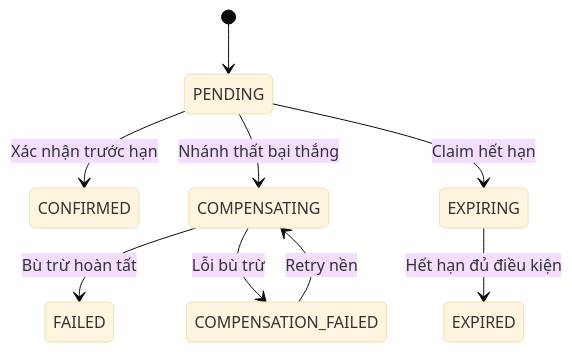
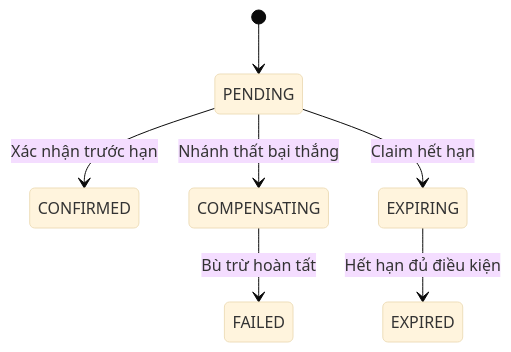
Before and after one commit to nguyenthihuyenlinh236/SE2026-T02-Resilient-Order-Workflow: the first of 3 diagrams in docs/architecture/09-state-machine.md, drawn with Mermaid (base theme). The commit also changed other lines of this file, not shown here.

````diff
--- a/docs/architecture/09-state-machine.md
+++ b/docs/architecture/09-state-machine.md
@@ -77,11 +74,9 @@
 ```mermaid
 stateDiagram-v2
     [*] --> PENDING
     PENDING --> CONFIRMED: Xác nhận trước hạn
     PENDING --> COMPENSATING: Nhánh thất bại thắng
     PENDING --> EXPIRING: Claim hết hạn
     COMPENSATING --> FAILED: Bù trừ hoàn tất
-    COMPENSATING --> COMPENSATION_FAILED: Lỗi bù trừ
-    COMPENSATION_FAILED --> COMPENSATING: Retry nền
     EXPIRING --> EXPIRED: Hết hạn đủ điều kiện
 ```
````
